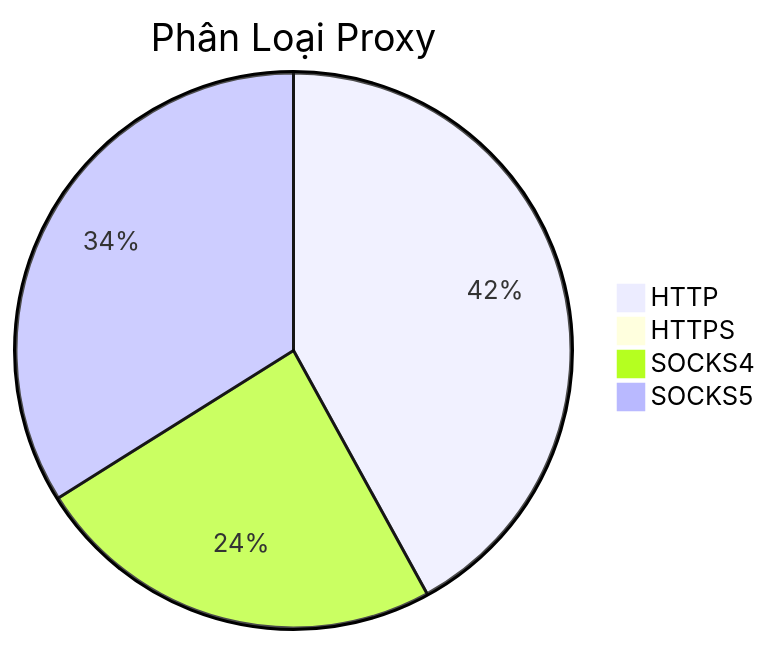
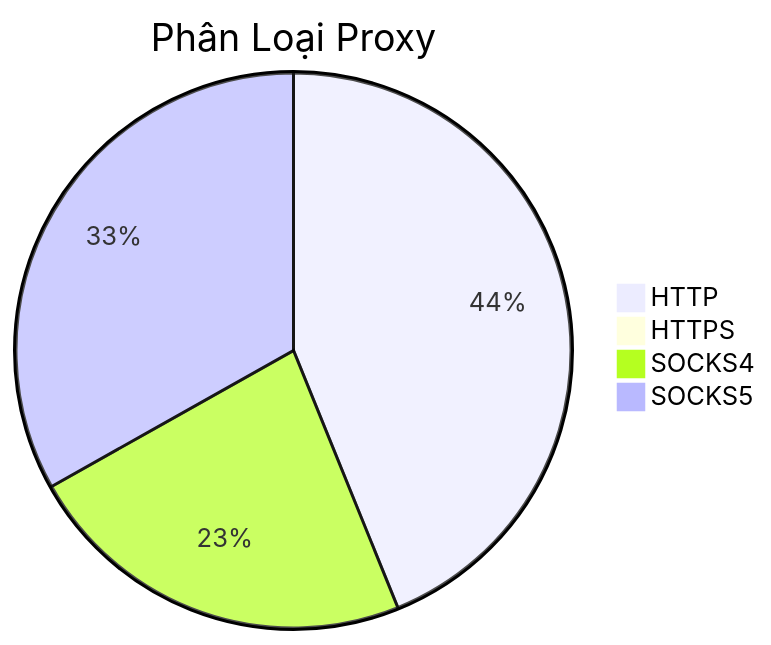
The diagram in README.md (Ciara-12/PROXY-free), drawn with Mermaid before and after one commit. The commit also changed other lines of this file and 4 other files, not shown here.

````diff
--- a/README.md
+++ b/README.md
@@ -26,7 +26,7 @@
 ```mermaid
 pie title Phân Loại Proxy
-    "HTTP" : 410
-    "HTTPS" : 3
-    "SOCKS4" : 235
-    "SOCKS5" : 331
+    "HTTP" : 479
+    "HTTPS" : 6
+    "SOCKS4" : 251
+    "SOCKS5" : 362
 ```
````
